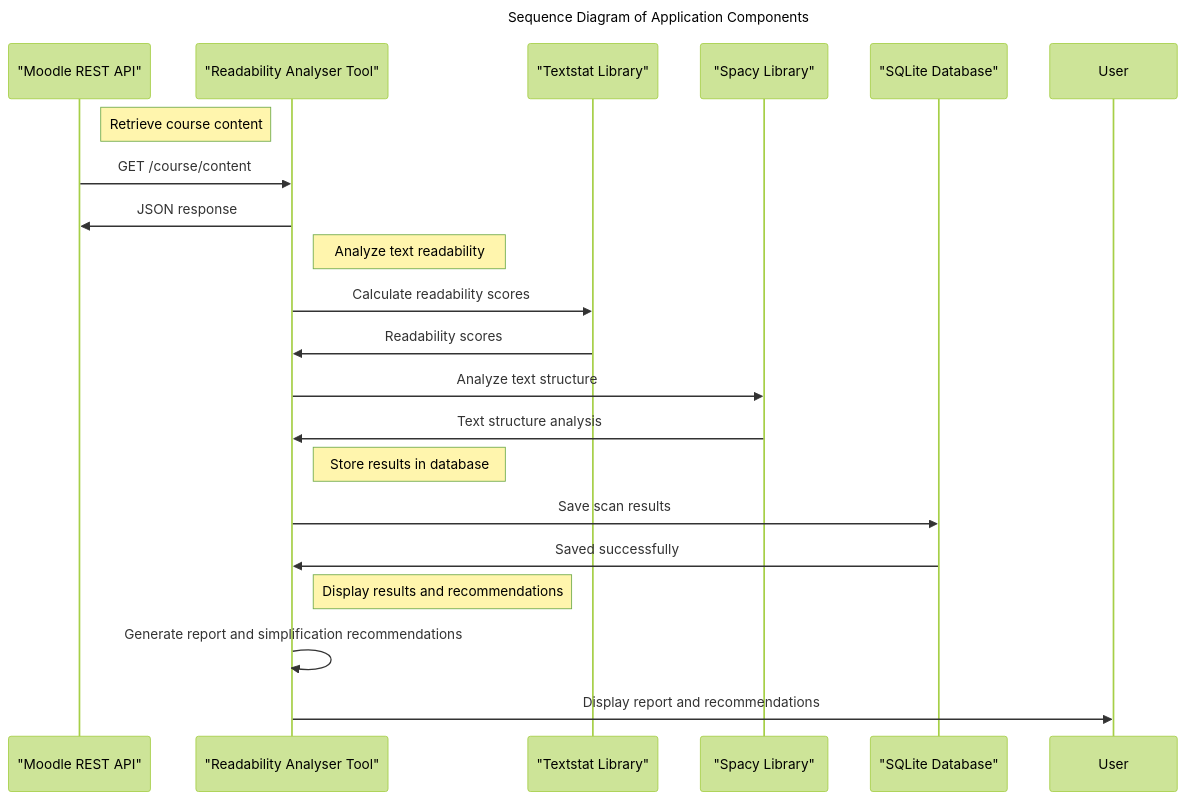
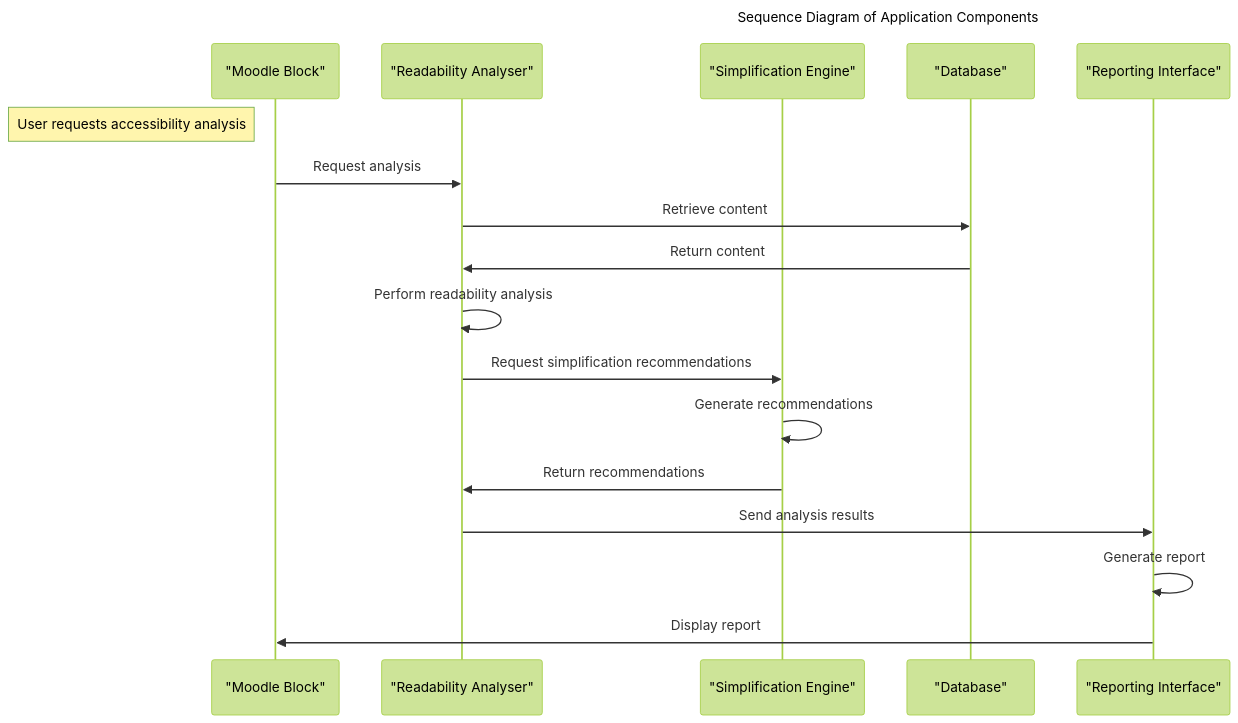
One commit to anrichp/Computing-Project-2024 changed the second of 7 diagrams in README.md. Above: the diagram before and after it, drawn with Mermaid (forest theme). The commit also changed other lines of this file, not shown here.

Commit message:
update sequence diagram to align with moodle block

````diff
--- a/README.md
+++ b/README.md
@@ -93,29 +97,23 @@
 ```mermaid
 ---
 title: Sequence Diagram of Application Components
 ---
 sequenceDiagram
-    participant Moodle as "Moodle REST API"
-    participant Tool as "Readability Analyser Tool"
-    participant Textstat as "Textstat Library"
-    participant Spacy as "Spacy Library"
-    participant DB as "SQLite Database"
+    participant MoodleBlock as "Moodle Block"
+    participant ReadabilityAnalyser as "Readability Analyser"
+    participant SimplificationEngine as "Simplification Engine"
+    participant Database as "Database"
+    participant ReportingInterface as "Reporting Interface"
 
-    Note right of Moodle: Retrieve course content
-    Moodle->>Tool: GET /course/content
-    Tool->>Moodle: JSON response
-
-    Note right of Tool: Analyze text readability
-    Tool->>Textstat: Calculate readability scores
-    Textstat->>Tool: Readability scores
-    Tool->>Spacy: Analyze text structure
-    Spacy->>Tool: Text structure analysis
-
-    Note right of Tool: Store results in database
-    Tool->>DB: Save scan results
-    DB->>Tool: Saved successfully
-
-    Note right of Tool: Display results and recommendations
-    Tool->>Tool: Generate report and simplification recommendations
-    Tool->>User: Display report and recommendations
+    note left of MoodleBlock: User requests accessibility analysis
+    MoodleBlock->>ReadabilityAnalyser: Request analysis
+    ReadabilityAnalyser->>Database: Retrieve content
+    Database->>ReadabilityAnalyser: Return content
+    ReadabilityAnalyser->>ReadabilityAnalyser: Perform readability analysis
+    ReadabilityAnalyser->>SimplificationEngine: Request simplification recommendations
+    SimplificationEngine->>SimplificationEngine: Generate recommendations
+    SimplificationEngine->>ReadabilityAnalyser: Return recommendations
+    ReadabilityAnalyser->>ReportingInterface: Send analysis results
+    ReportingInterface->>ReportingInterface: Generate report
+    ReportingInterface->>MoodleBlock: Display report
 ```
````
